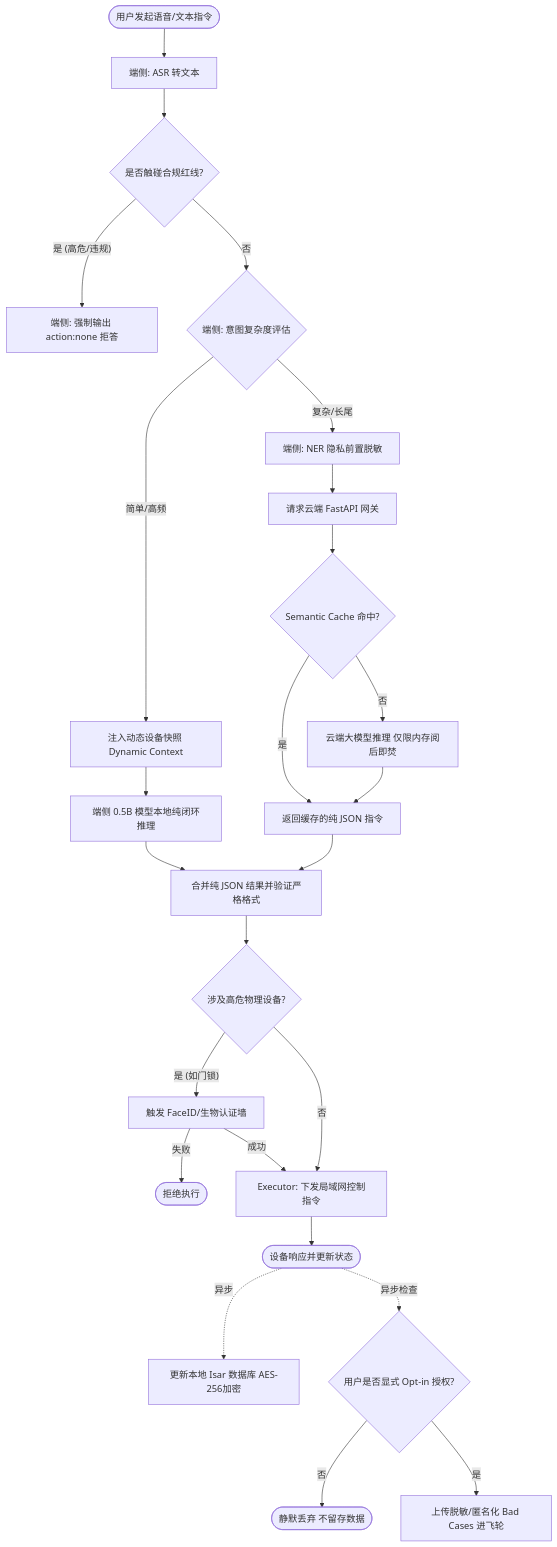
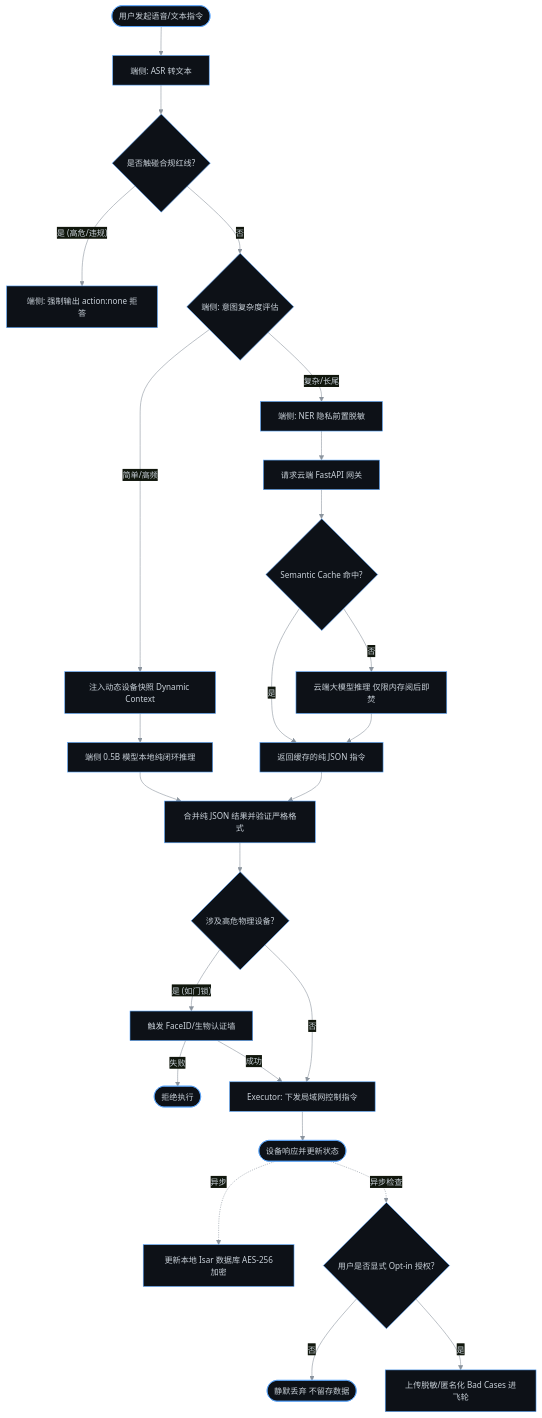
Before and after one commit to aidencck/smart_home_app_on_device_ai: the first of 4 diagrams in README_en.md, drawn with Mermaid. The commit also changed other lines of this file and 1 other file, not shown here.

Commit message:
fix: resolve broken mermaid diagrams by adding quotes to labels and fixing syntax

````diff
--- a/README_en.md
+++ b/README_en.md
@@ -99,34 +99,35 @@
 ```mermaid
+%%{init: {'theme': 'base', 'themeVariables': { 'primaryColor': '#0d1117', 'primaryTextColor': '#c9d1d9', 'primaryBorderColor': '#58a6ff', 'lineColor': '#8b949e', 'tertiaryColor': '#161b22', 'fontFamily': 'monospace', 'fontSize': '14px'}}}%%
 graph TD
-    Start([用户发起语音/文本指令]) --> A[端侧: ASR 转文本]
-    A --> B{是否触碰合规红线?}
-    B -->|"是 (高危/违规)"| C[端侧: 强制输出 action:none 拒答]
-    B -->|否| D{端侧: 意图复杂度评估}
+    Start(["用户发起语音/文本指令"]) --> A["端侧: ASR 转文本"]
+    A --> B{"是否触碰合规红线?"}
+    B -->|"是 (高危/违规)"| C["端侧: 强制输出 action:none 拒答"]
+    B -->|"否"| D{"端侧: 意图复杂度评估"}
     
-    D -->|"简单/高频"| E1[注入动态设备快照 Dynamic Context]
-    E1 --> E[端侧 0.5B 模型本地纯闭环推理]
-    D -->|"复杂/长尾"| F[端侧: NER 隐私前置脱敏]
+    D -->|"简单/高频"| E1["注入动态设备快照 Dynamic Context"]
+    E1 --> E["端侧 0.5B 模型本地纯闭环推理"]
+    D -->|"复杂/长尾"| F["端侧: NER 隐私前置脱敏"]
     
-    F --> G[请求云端 FastAPI 网关]
-    G --> H{Semantic Cache 命中?}
+    F --> G["请求云端 FastAPI 网关"]
+    G --> H{"Semantic Cache 命中?"}
     
-    H -->|是| I[返回缓存的纯 JSON 指令]
-    H -->|否| J[云端大模型推理 仅限内存阅后即焚]
+    H -->|"是"| I["返回缓存的纯 JSON 指令"]
+    H -->|"否"| J["云端大模型推理 仅限内存阅后即焚"]
     J --> I
     
-    E --> K[合并纯 JSON 结果并验证严格格式]
+    E --> K["合并纯 JSON 结果并验证严格格式"]
     I --> K
     
-    K --> L{涉及高危物理设备?}
-    L -->|"是 (如门锁)"| M[触发 FaceID/生物认证墙]
-    M -->|失败| End_Fail([拒绝执行])
-    M -->|成功| N[Executor: 下发局域网控制指令]
-    L -->|否| N
+    K --> L{"涉及高危物理设备?"}
+    L -->|"是 (如门锁)"| M["触发 FaceID/生物认证墙"]
+    M -->|"失败"| End_Fail(["拒绝执行"])
+    M -->|"成功"| N["Executor: 下发局域网控制指令"]
+    L -->|"否"| N
     
-    N --> O([设备响应并更新状态])
+    N --> O(["设备响应并更新状态"])
     
-    O -.->|异步| P[更新本地 Isar 数据库 AES-256加密]
-    O -.->|"异步检查"| Q{用户是否显式 Opt-in 授权?}
-    Q -->|否| End_Ignore([静默丢弃 不留存数据])
-    Q -->|是| R[上传脱敏/匿名化 Bad Cases 进飞轮]
+    O -.->|"异步"| P["更新本地 Isar 数据库 AES-256加密"]
+    O -.->|"异步检查"| Q{"用户是否显式 Opt-in 授权?"}
+    Q -->|"否"| End_Ignore(["静默丢弃 不留存数据"])
+    Q -->|"是"| R["上传脱敏/匿名化 Bad Cases 进飞轮"]
 ```
````
